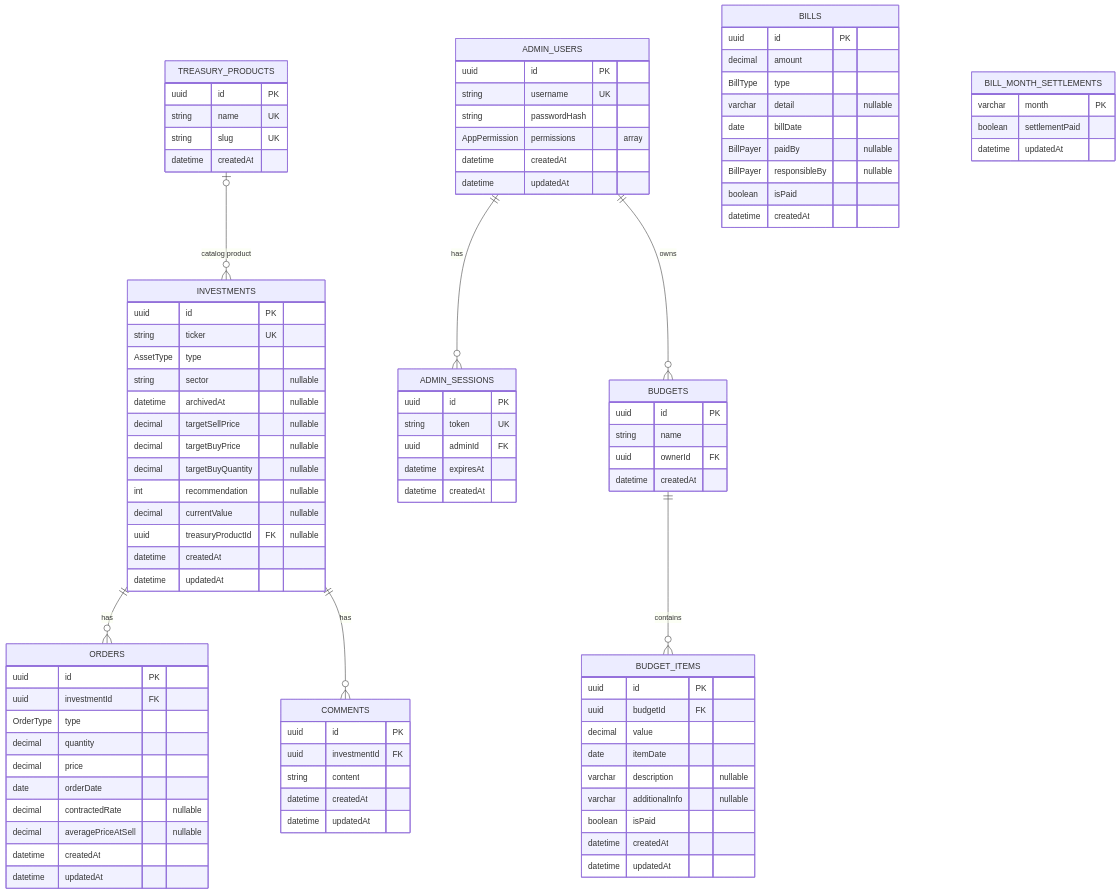
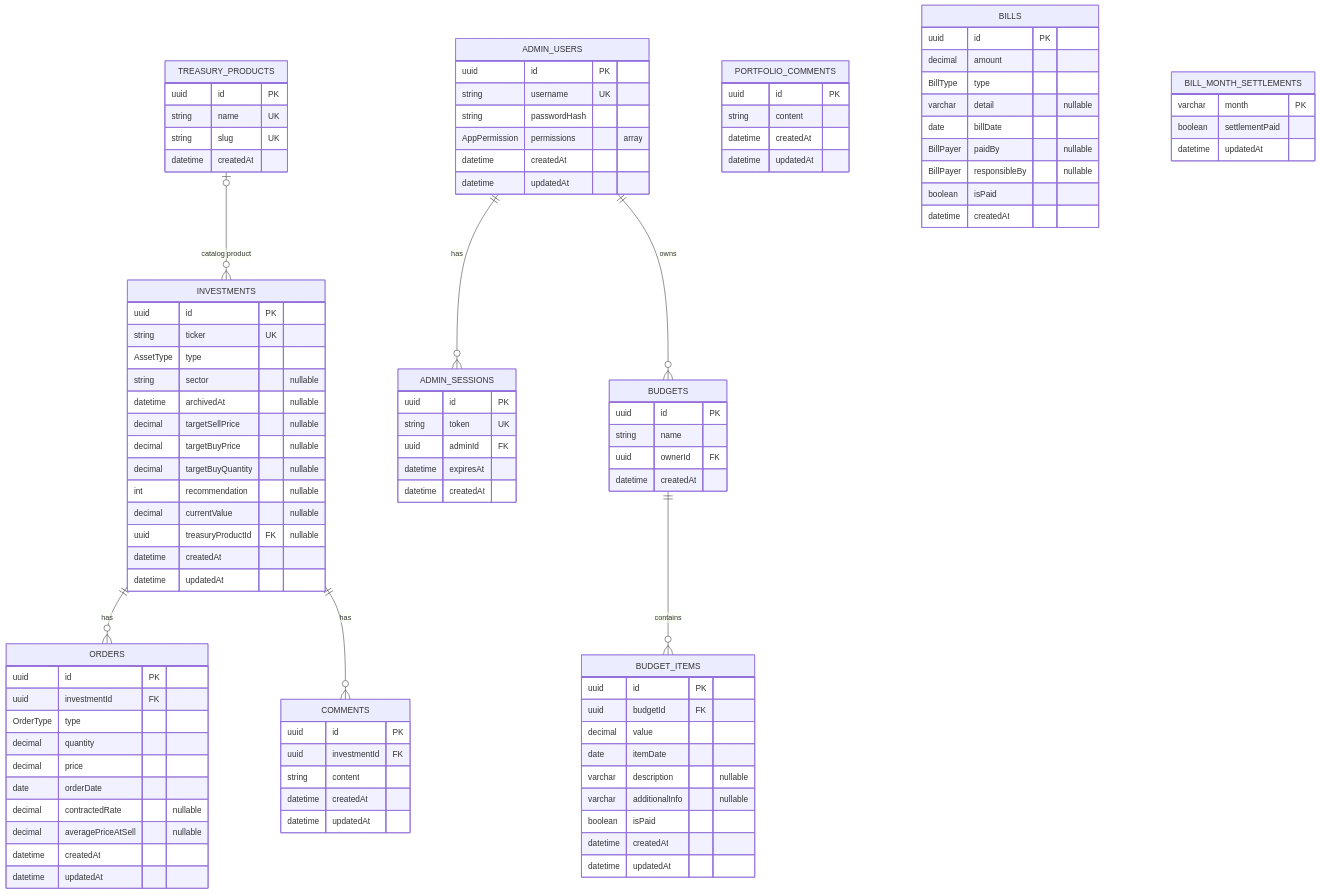
Before and after one commit to henriquesfreitas/finance-manager: the diagram in DATABASE_SCHEMA.md, drawn with Mermaid. The commit also changed other lines of this file and 19 other files, not shown here.

```diff
--- a/DATABASE_SCHEMA.md
+++ b/DATABASE_SCHEMA.md
@@ -49,6 +49,12 @@
     COMMENTS {
         uuid id PK
         uuid investmentId FK
+        string content
+        datetime createdAt
+        datetime updatedAt
+    }
+    PORTFOLIO_COMMENTS {
+        uuid id PK
         string content
         datetime createdAt
         datetime updatedAt
```
